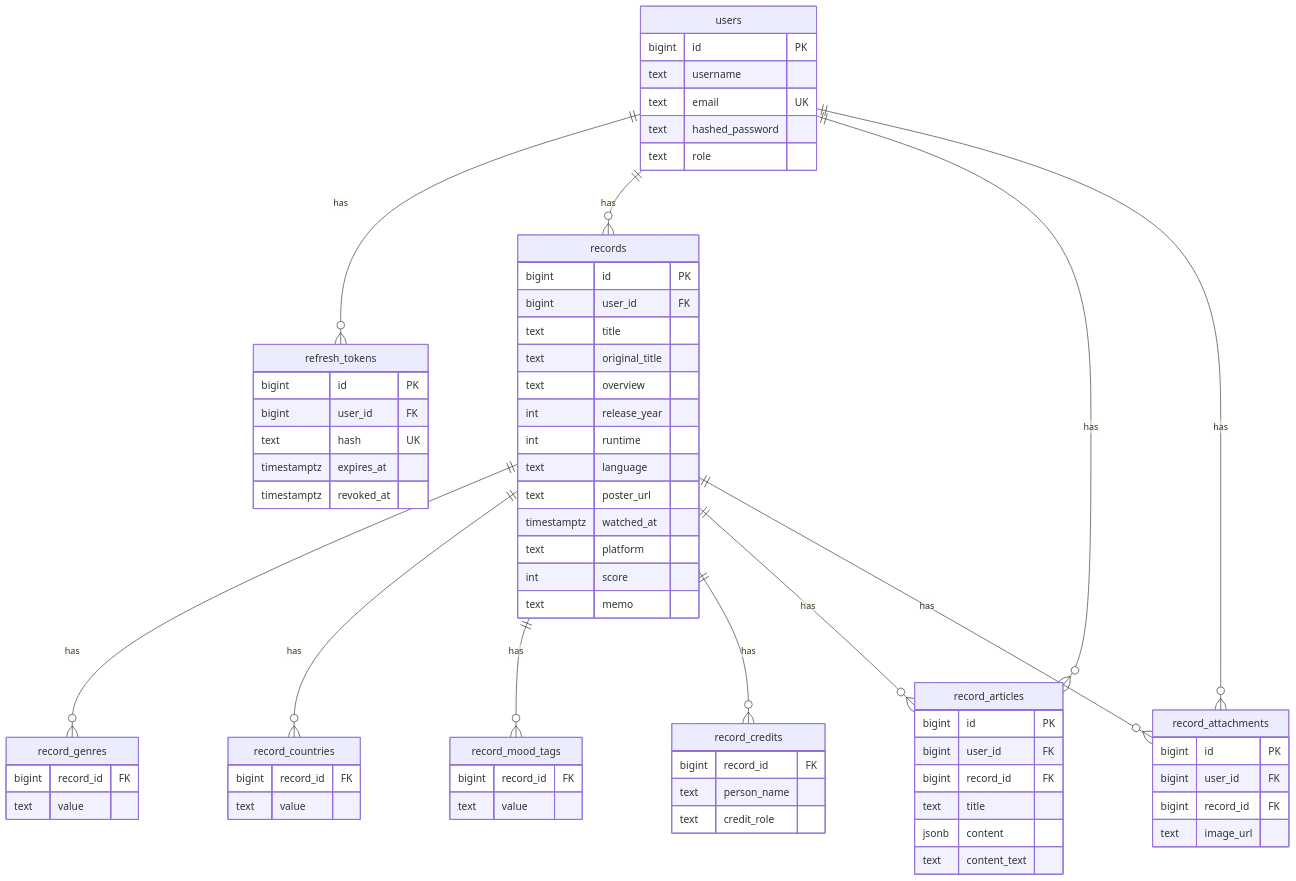
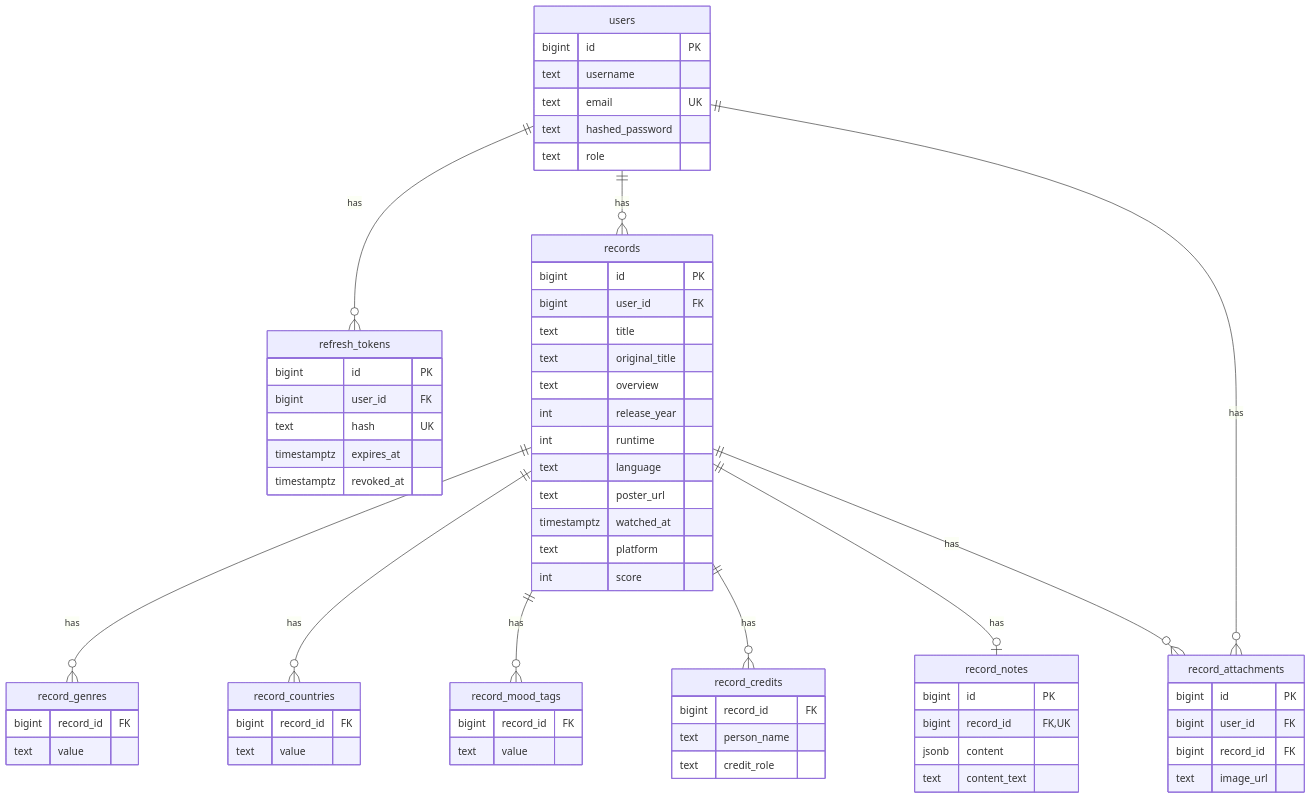
Before and after one commit to masaya-nishimura-09/movie-log-api: the third of 3 diagrams in README.ja.md, drawn with Mermaid. The commit also changed other lines of this file and 34 other files, not shown here.

Commit message:
update: replace memo and articles with one note per record

````diff
--- a/README.ja.md
+++ b/README.ja.md
@@ -297,74 +271,70 @@
 ```mermaid
 erDiagram
     users ||--o{ refresh_tokens : has
     users ||--o{ records : has
     records ||--o{ record_genres : has
     records ||--o{ record_countries : has
     records ||--o{ record_mood_tags : has
     records ||--o{ record_credits : has
-    users ||--o{ record_articles : has
-    records ||--o{ record_articles : has
+    records ||--o| record_notes : has
     users ||--o{ record_attachments : has
     records ||--o{ record_attachments : has
 
     users {
         bigint id PK
         text username
         text email UK
         text hashed_password
         text role
     }
     refresh_tokens {
         bigint id PK
         bigint user_id FK
         text hash UK
         timestamptz expires_at
         timestamptz revoked_at
     }
     records {
         bigint id PK
         bigint user_id FK
         text title
         text original_title
         text overview
         int release_year
         int runtime
         text language
         text poster_url
         timestamptz watched_at
         text platform
         int score
-        text memo
     }
     record_genres {
         bigint record_id FK
         text value
     }
     record_countries {
         bigint record_id FK
         text value
     }
     record_mood_tags {
         bigint record_id FK
         text value
     }
     record_credits {
         bigint record_id FK
         text person_name
         text credit_role
     }
-    record_articles {
+    record_notes {
         bigint id PK
-        bigint user_id FK
-        bigint record_id FK
-        text title
+        bigint record_id FK, UK
         jsonb content
         text content_text
     }
     record_attachments {
         bigint id PK
         bigint user_id FK
         bigint record_id FK
         text image_url
     }
 ```
````
